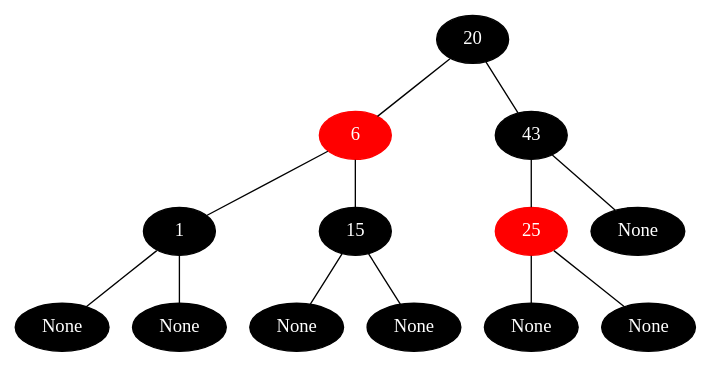
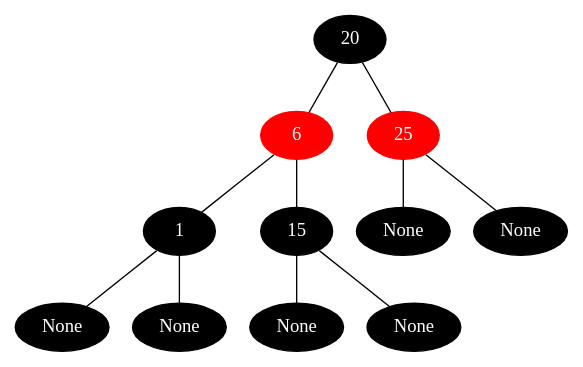
The diagram in rbt_after_delete.dot (UofA522/Project2), drawn with Graphviz before and after one commit. The commit also changed 2 other files, not shown here.

```diff
--- a/rbt_after_delete.dot
+++ b/rbt_after_delete.dot
@@ -1,27 +1,23 @@
 graph {
 	 0 [label="20", color=black, style=filled, fontcolor=white];
 	 1 [label="6", color=red, style=filled, fontcolor=white];
 	 2 [label="1", color=black, style=filled, fontcolor=white];
 	 3 [label="None", color=black, style=filled, fontcolor=white];
 	 4 [label="None", color=black, style=filled, fontcolor=white];
 	 5 [label="15", color=black, style=filled, fontcolor=white];
 	 6 [label="None", color=black, style=filled, fontcolor=white];
 	 7 [label="None", color=black, style=filled, fontcolor=white];
-	 8 [label="43", color=black, style=filled, fontcolor=white];
-	 9 [label="25", color=red, style=filled, fontcolor=white];
+	 8 [label="25", color=red, style=filled, fontcolor=white];
+	 9 [label="None", color=black, style=filled, fontcolor=white];
 	 10 [label="None", color=black, style=filled, fontcolor=white];
-	 11 [label="None", color=black, style=filled, fontcolor=white];
-	 12 [label="None", color=black, style=filled, fontcolor=white];
 	 0 -- 1;
 	 1 -- 2;
 	 2 -- 3;
 	 2 -- 4;
 	 1 -- 5;
 	 5 -- 6;
 	 5 -- 7;
 	 0 -- 8;
 	 8 -- 9;
-	 9 -- 10;
-	 9 -- 11;
-	 8 -- 12;
+	 8 -- 10;
 }
```
